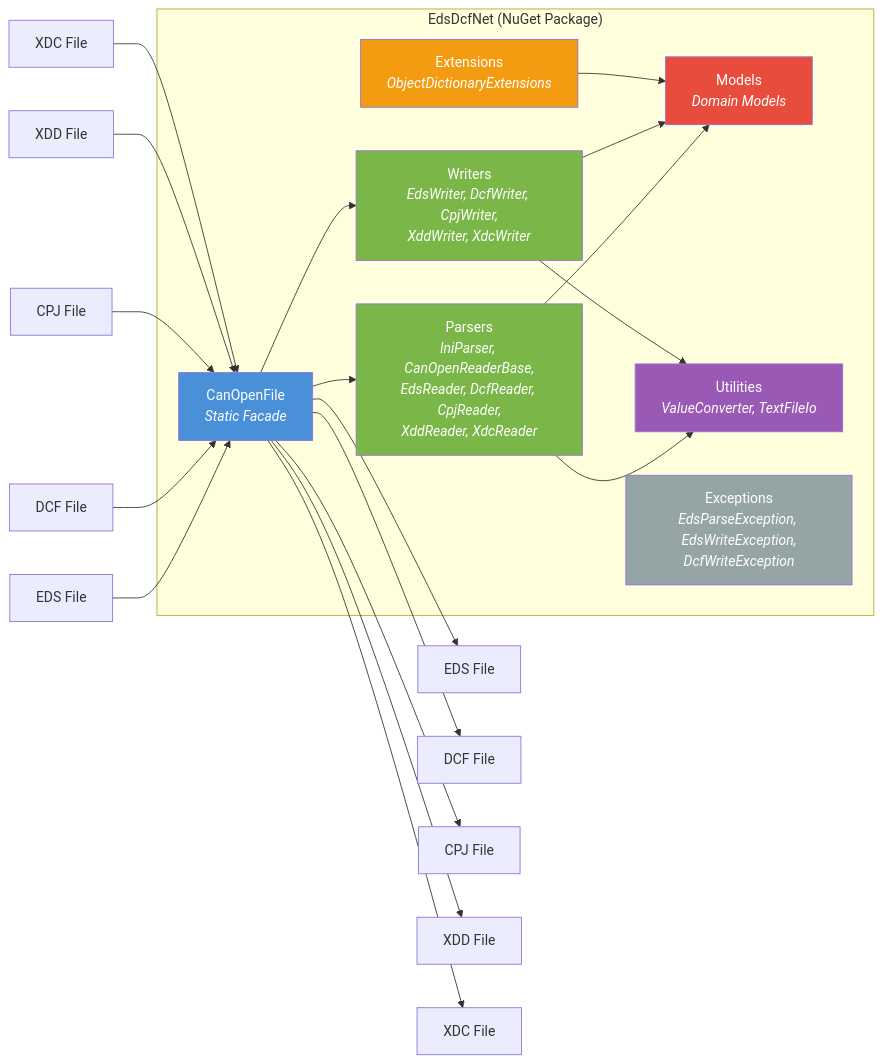
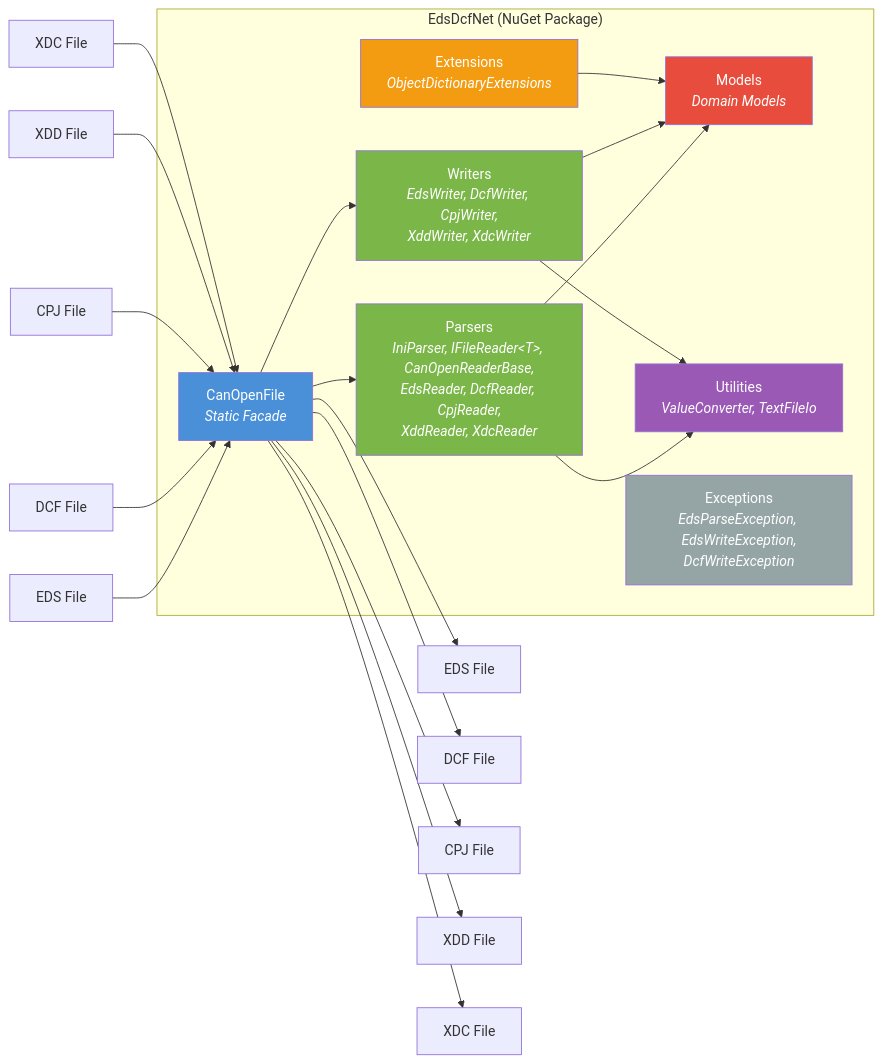
The first of 7 diagrams in docs/architecture/05-building-block-view.md (dborgards/eds-dcf-net), drawn with Mermaid before and after one commit. The commit also changed other lines of this file and 8 other files, not shown here.

First line of the commit message:
refactor: introduce shared IFileReader abstraction for parsers (#183)

````diff
--- a/docs/architecture/05-building-block-view.md
+++ b/docs/architecture/05-building-block-view.md
@@ -5,38 +5,38 @@
 ```mermaid
 graph LR
     subgraph EdsDcfNet ["EdsDcfNet (NuGet Package)"]
         API["CanOpenFile<br/><i>Static Facade</i>"]
-        Parsers["Parsers<br/><i>IniParser, CanOpenReaderBase,<br/>EdsReader, DcfReader, CpjReader,<br/>XddReader, XdcReader</i>"]
+        Parsers["Parsers<br/><i>IniParser, IFileReader&lt;T&gt;, CanOpenReaderBase,<br/>EdsReader, DcfReader, CpjReader,<br/>XddReader, XdcReader</i>"]
         Writers["Writers<br/><i>EdsWriter, DcfWriter, CpjWriter,<br/>XddWriter, XdcWriter</i>"]
         Models["Models<br/><i>Domain Models</i>"]
         Utilities["Utilities<br/><i>ValueConverter, TextFileIo</i>"]
         Extensions["Extensions<br/><i>ObjectDictionaryExtensions</i>"]
         Exceptions["Exceptions<br/><i>EdsParseException, EdsWriteException,<br/>DcfWriteException</i>"]
     end
 
     EDS["EDS File"] --> API
     DCF_In["DCF File"] --> API
     CPJ_In["CPJ File"] --> API
     XDD_In["XDD File"] --> API
     XDC_In["XDC File"] --> API
     API --> EDS_Out["EDS File"]
     API --> DCF_Out["DCF File"]
     API --> CPJ_Out["CPJ File"]
     API --> XDD_Out["XDD File"]
     API --> XDC_Out["XDC File"]
     API --> Parsers
     API --> Writers
     Parsers --> Models
     Writers --> Models
     Parsers --> Utilities
     Writers --> Utilities
     Extensions --> Models
 
     style API fill:#4A90D9,color:#fff
     style Parsers fill:#7AB648,color:#fff
     style Writers fill:#7AB648,color:#fff
     style Models fill:#E74C3C,color:#fff
     style Utilities fill:#9B59B6,color:#fff
     style Extensions fill:#F39C12,color:#fff
     style Exceptions fill:#95A5A6,color:#fff
 ```
````
